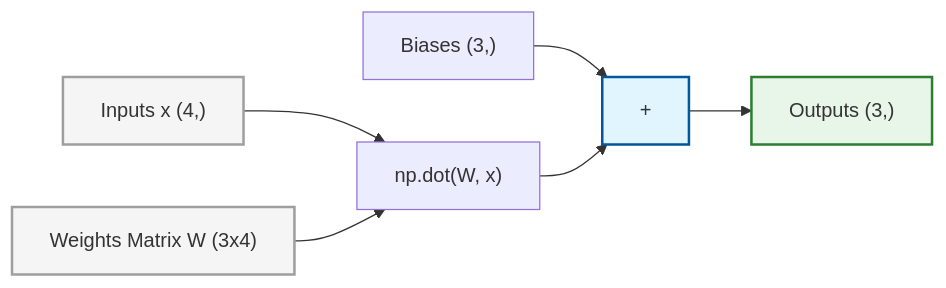
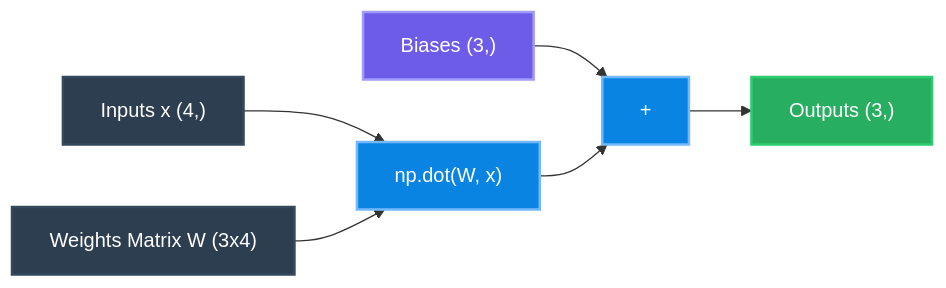
One commit to holycompile/Neural_Networks_from_Scratch changed the third of 10 diagrams in README.md. Above: the diagram before and after it, drawn with Mermaid. The commit also changed other lines of this file, not shown here.

````diff
--- a/README.md
+++ b/README.md
@@ -91,12 +93,14 @@
 ```mermaid
 graph LR
     Inputs["Inputs x (4,)"] --> Dot["np.dot(W, x)"]
     Weights["Weights Matrix W (3x4)"] --> Dot
     Biases["Biases (3,)"] --> Add["+"]
     Dot --> Add --> Out["Outputs (3,)"]
     
-    style Inputs fill:#f5f5f5,stroke:#9e9e9e,stroke-width:2px;
-    style Weights fill:#f5f5f5,stroke:#9e9e9e,stroke-width:2px;
-    style Add fill:#e1f5fe,stroke:#01579b,stroke-width:2px;
-    style Out fill:#e8f5e9,stroke:#2e7d32,stroke-width:2px;
+    style Inputs fill:#2c3e50,stroke:#34495e,stroke-width:2px,color:#fff;
+    style Weights fill:#2c3e50,stroke:#34495e,stroke-width:2px,color:#fff;
+    style Dot fill:#0984e3,stroke:#74b9ff,stroke-width:2px,color:#fff;
+    style Biases fill:#6c5ce7,stroke:#a29bfe,stroke-width:2px,color:#fff;
+    style Add fill:#0984e3,stroke:#74b9ff,stroke-width:2px,color:#fff;
+    style Out fill:#27ae60,stroke:#2ecc71,stroke-width:2px,color:#fff;
 ```
````
